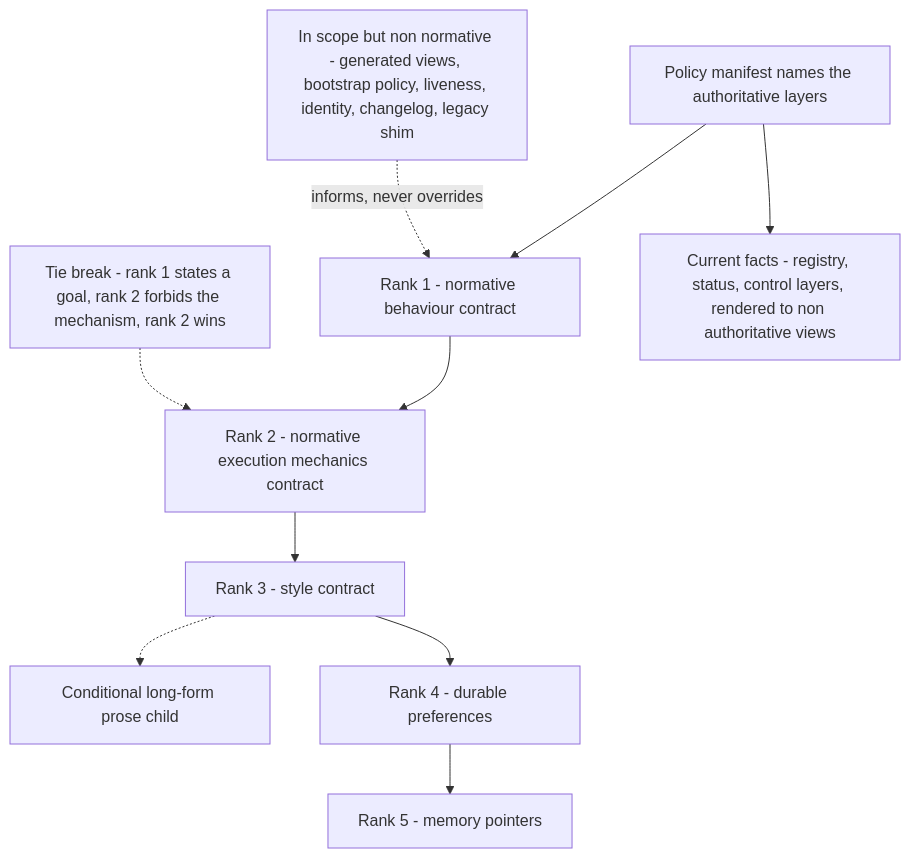
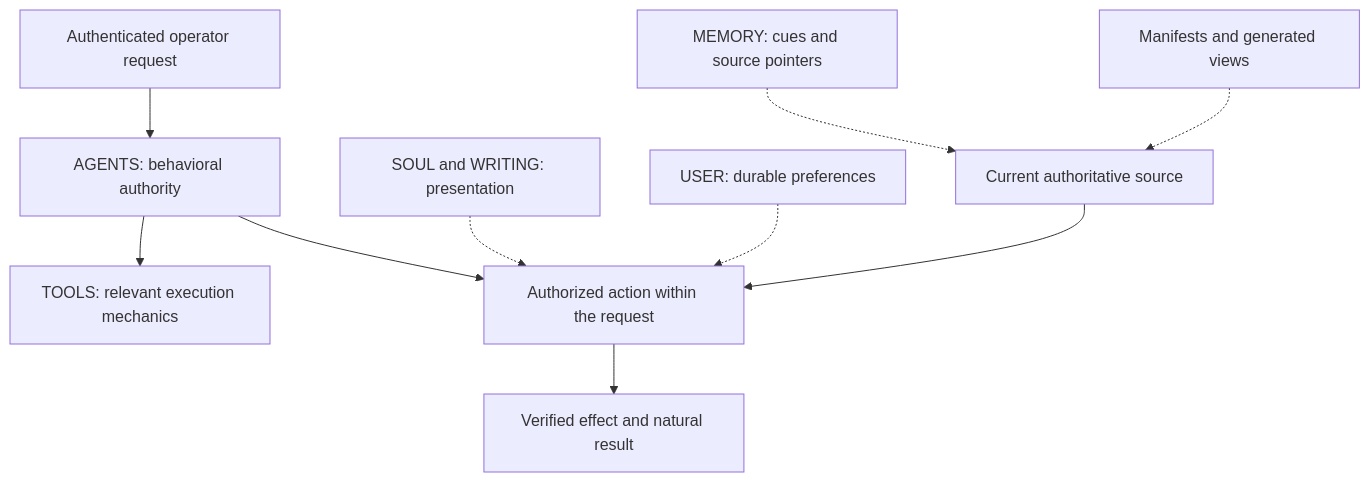
The diagram in docs/05-policy-and-authority.md (josephbergvinson/openclaw-control-plane), drawn with Mermaid before and after one commit. The commit also changed other lines of this file and 239 other files, not shown here.

````diff
--- a/docs/05-policy-and-authority.md
+++ b/docs/05-policy-and-authority.md
@@ -26,22 +20,12 @@
 ```mermaid
-flowchart TB
-  MAN[Policy manifest names the authoritative layers]
-  R1[Rank 1 - normative behaviour contract]
-  R2[Rank 2 - normative execution mechanics contract]
-  R3[Rank 3 - style contract]
-  R3C[Conditional long-form prose child]
-  R4[Rank 4 - durable preferences]
-  R5[Rank 5 - memory pointers]
-  ANNEX[In scope but non normative - generated views, bootstrap policy, liveness, identity, changelog, legacy shim]
-  TIE[Tie break - rank 1 states a goal, rank 2 forbids the mechanism, rank 2 wins]
-  FACTS[Current facts - registry, status, control layers, rendered to non authoritative views]
-  MAN --> R1
-  MAN --> FACTS
-  R1 --> R2
-  R2 --> R3
-  R3 --> R4
-  R4 --> R5
-  R3 -.-> R3C
-  TIE -.-> R2
-  ANNEX -. informs, never overrides .-> R1
+flowchart TD
+  U[Authenticated operator request] --> A[AGENTS: behavioral authority]
+  A --> T[TOOLS: relevant execution mechanics]
+  A --> E[Authorized action within the request]
+  S[SOUL and WRITING: presentation] -.-> E
+  P[USER: durable preferences] -.-> E
+  M[MEMORY: cues and source pointers] -.-> R[Current authoritative source]
+  R --> E
+  V[Manifests and generated views] -.-> R
+  E --> O[Verified effect and natural result]
 ```
````
